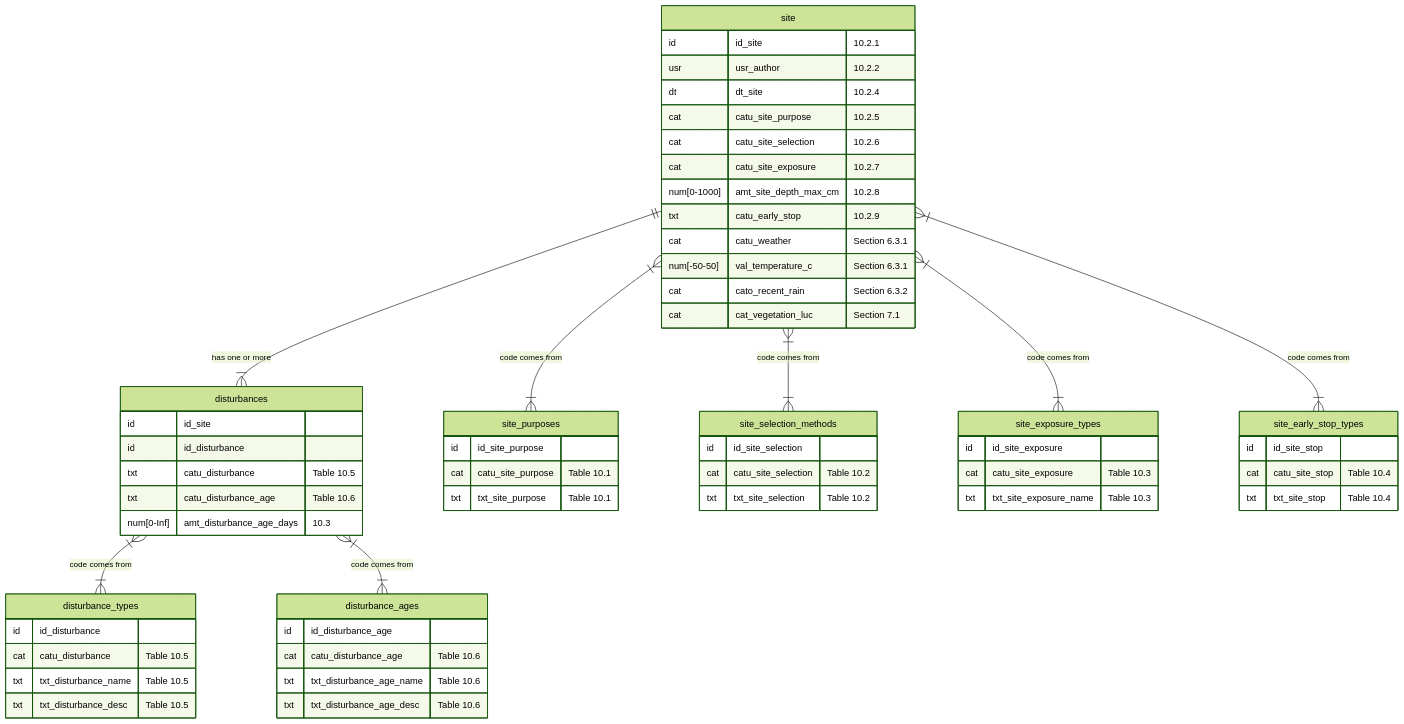
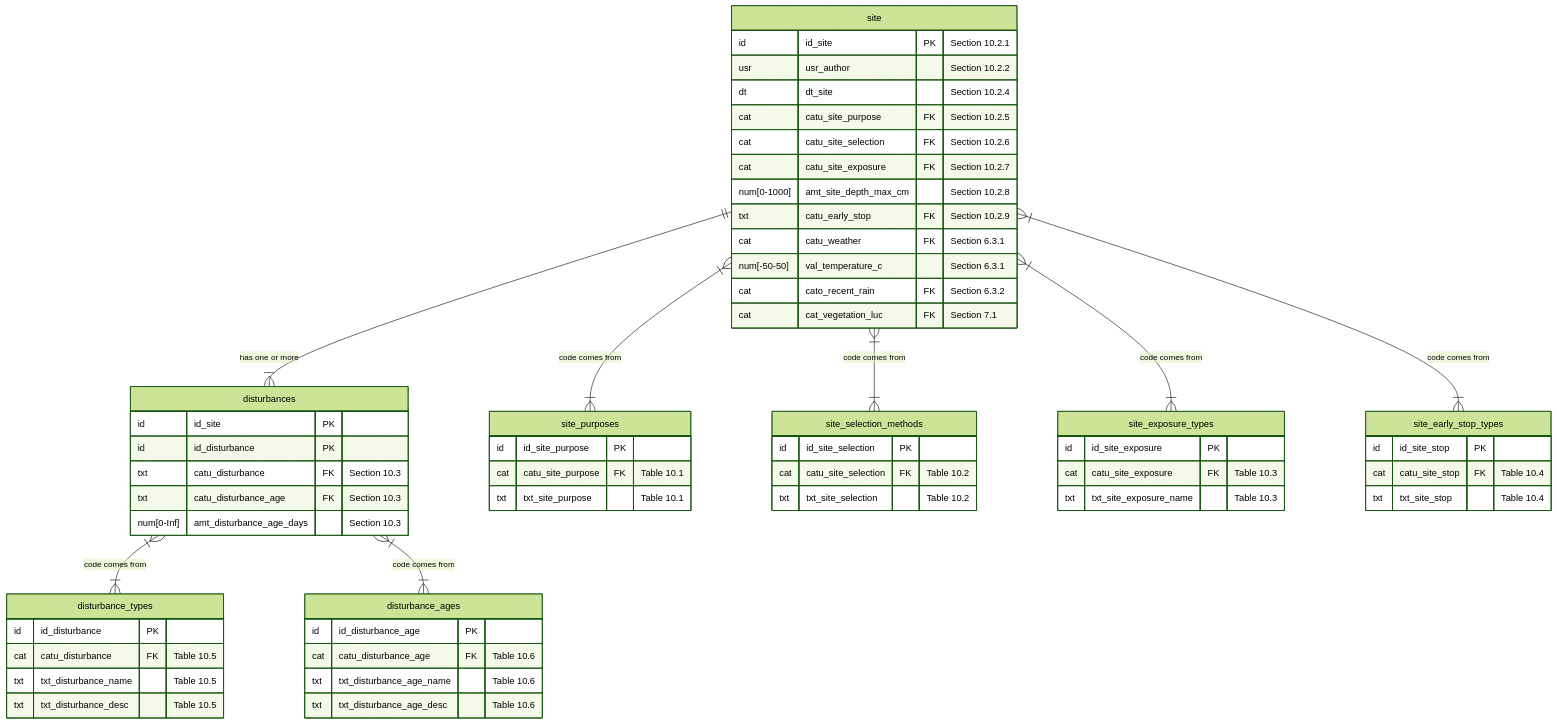
The fifth of 25 diagrams in ap_03_database_design.qmd (manaakiwhenua/NZ_soildesc_2024), drawn with Mermaid (forest theme) before and after one commit. The commit also changed other lines of this file, not shown here.

````diff
--- a/ap_03_database_design.qmd
+++ b/ap_03_database_design.qmd
@@ -305,78 +315,78 @@
 ```{mermaid}
 %%| fig-cap: "Site - Details"
 
 %%{ init: { 'er': { 'layoutDirection': 'LR' } } }%%
 erDiagram
   site ||--|{ disturbances : "has one or more"
   disturbances }|--|{ disturbance_types : "code comes from"
   disturbances }|--|{ disturbance_ages : "code comes from"
   site }|--|{ site_purposes : "code comes from"
   site }|--|{ site_selection_methods : "code comes from"
   site }|--|{ site_exposure_types : "code comes from"
   site }|--|{ site_early_stop_types : "code comes from"
 
   site {
-    id          id_site                  "10.2.1"
-    usr         usr_author               "10.2.2"
-    dt          dt_site                  "10.2.4"
-    cat         catu_site_purpose        "10.2.5"
-    cat         catu_site_selection      "10.2.6"
-    cat         catu_site_exposure       "10.2.7"
-    num[0-1000] amt_site_depth_max_cm    "10.2.8"
-    txt         catu_early_stop          "10.2.9"
+    id          id_site PK               "Section 10.2.1"
+    usr         usr_author               "Section 10.2.2"
+    dt          dt_site                  "Section 10.2.4"
+    cat         catu_site_purpose FK     "Section 10.2.5"
+    cat         catu_site_selection FK   "Section 10.2.6"
+    cat         catu_site_exposure FK    "Section 10.2.7"
+    num[0-1000] amt_site_depth_max_cm    "Section 10.2.8"
+    txt         catu_early_stop FK       "Section 10.2.9"
     %% weather at visit %%
-    cat         catu_weather             "Section 6.3.1"
+    cat         catu_weather FK          "Section 6.3.1"
     num[-50-50] val_temperature_c        "Section 6.3.1"
-    cat         cato_recent_rain         "Section 6.3.2"
+    cat         cato_recent_rain FK      "Section 6.3.2"
     %% veg %%
-    cat        cat_vegetation_luc        "Section 7.1"
+    cat        cat_vegetation_luc FK     "Section 7.1"
     
   }
   
   site_purposes {
-    id          id_site_purpose
-    cat         catu_site_purpose        "Table 10.1"
+    id          id_site_purpose PK
+    cat         catu_site_purpose FK     "Table 10.1"
     txt         txt_site_purpose         "Table 10.1"
   }
   
   site_selection_methods {
-    id          id_site_selection
-    cat         catu_site_selection      "Table 10.2"
+    id          id_site_selection PK
+    cat         catu_site_selection FK   "Table 10.2"
     txt         txt_site_selection       "Table 10.2"
   }
   
   site_exposure_types {
-    id          id_site_exposure
-    cat         catu_site_exposure       "Table 10.3"
+    id          id_site_exposure PK
+    cat         catu_site_exposure FK    "Table 10.3"
     txt         txt_site_exposure_name   "Table 10.3"
   }
   
   site_early_stop_types {
-    id          id_site_stop
-    cat         catu_site_stop           "Table 10.4"
+    id          id_site_stop PK
+    cat         catu_site_stop FK        "Table 10.4"
     txt         txt_site_stop            "Table 10.4"
 }
   
   disturbances {
-    id          id_site
-    id          id_disturbance
-    txt         catu_disturbance         "Table 10.5"
-    txt         catu_disturbance_age     "Table 10.6"
-    num[0-Inf]  amt_disturbance_age_days "10.3"
+    id          id_site PK
+    id          id_disturbance PK
+    txt         catu_disturbance FK      "Section 10.3"
+    txt         catu_disturbance_age FK  "Section 10.3"
+    num[0-Inf]  amt_disturbance_age_days "Section 10.3"
   }
 
   disturbance_types {
-    id          id_disturbance
-    cat         catu_disturbance         "Table 10.5"
+    id          id_disturbance PK
+    cat         catu_disturbance FK      "Table 10.5"
     txt         txt_disturbance_name     "Table 10.5"
     txt         txt_disturbance_desc     "Table 10.5"
   }
   
   disturbance_ages {
-    id          id_disturbance_age
-    cat         catu_disturbance_age     "Table 10.6"
+    id          id_disturbance_age PK
+    cat         catu_disturbance_age FK  "Table 10.6"
     txt         txt_disturbance_age_name "Table 10.6"
     txt         txt_disturbance_age_desc "Table 10.6"
   }
   
 ```
````
